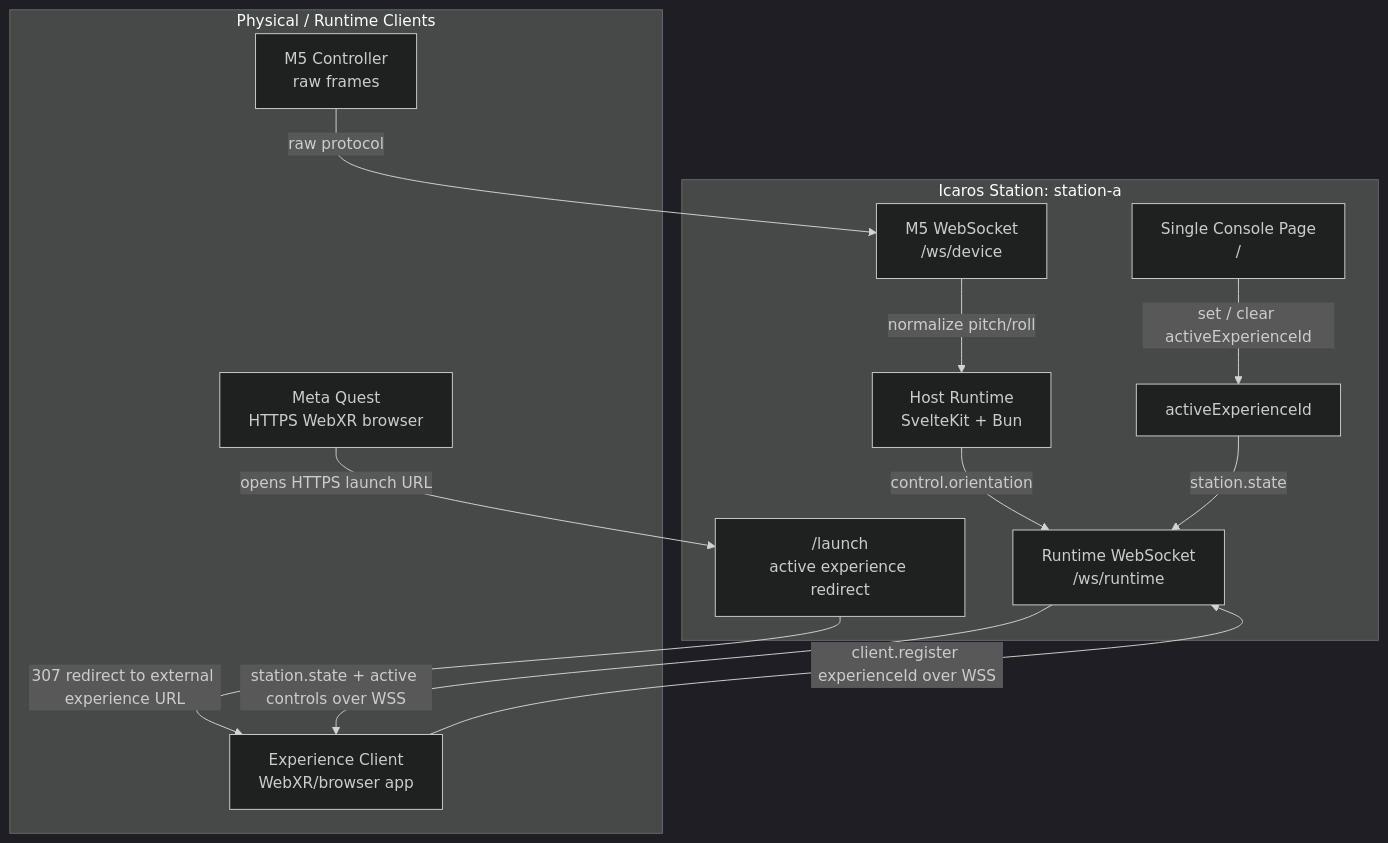
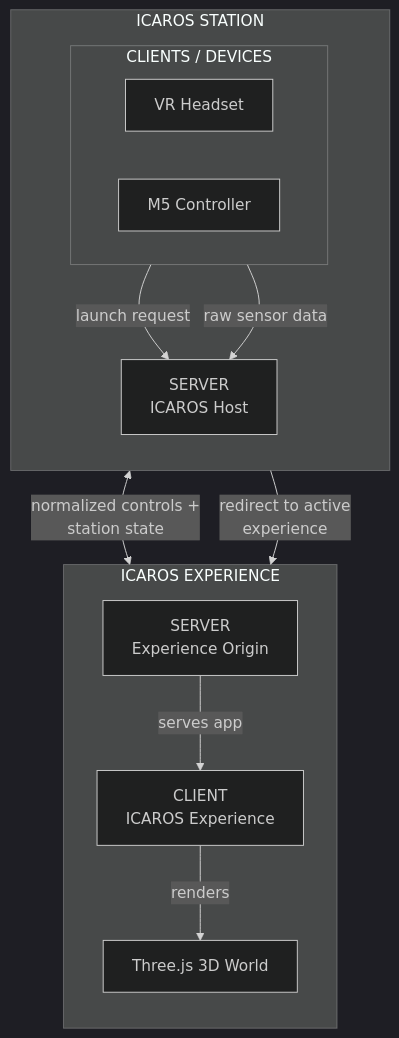
The diagram in docs/architecture.md (dweigend/Icaros_Host), drawn with Mermaid (dark theme) before and after one commit.

Commit message:
docs: simplify architecture diagram

````diff
--- a/docs/architecture.md
+++ b/docs/architecture.md
@@ -9,28 +9,32 @@
 ```mermaid
 flowchart TD
-  subgraph Station["Icaros Station: station-a"]
-    Console["Single Console Page\n/"]
-    Host["Host Runtime\nSvelteKit + Bun"]
-    ActiveState["activeExperienceId"]
-    Launch["/launch\nactive experience redirect"]
-    M5Bridge["M5 WebSocket\n/ws/device"]
-    RuntimeWs["Runtime WebSocket\n/ws/runtime"]
+  subgraph Station["ICAROS STATION"]
+    direction TB
+
+    subgraph StationClients["CLIENTS / DEVICES"]
+      direction LR
+      Headset["VR Headset"]
+      M5["M5 Controller"]
+    end
+
+    Host["SERVER<br/>ICAROS Host"]
+
+    Headset -->|"launch request"| Host
+    M5 -->|"raw sensor data"| Host
   end
 
-  subgraph DeviceLayer["Physical / Runtime Clients"]
-    M5["M5 Controller\nraw frames"]
-    Quest["Meta Quest\nHTTPS WebXR browser"]
-    Client["Experience Client\nWebXR/browser app"]
+  Host <-->|"normalized controls +<br/>station state"| ExperienceApp
+
+  subgraph Experience["ICAROS EXPERIENCE"]
+    direction TB
+
+    ExperienceOrigin["SERVER<br/>Experience Origin"]
+    ExperienceApp["CLIENT<br/>ICAROS Experience"]
+    World["Three.js 3D World"]
+
+    ExperienceOrigin -->|"serves app"| ExperienceApp
+    ExperienceApp -->|"renders"| World
   end
 
-  M5 -->|"raw protocol"| M5Bridge
-  M5Bridge -->|"normalize pitch/roll"| Host
-  Host -->|"control.orientation"| RuntimeWs
-
-  Quest -->|"opens HTTPS launch URL"| Launch
-  Launch -->|"307 redirect to external experience URL"| Client
-  Console -->|"set / clear activeExperienceId"| ActiveState
-  ActiveState -->|"station.state"| RuntimeWs
-  Client -->|"client.register experienceId over WSS"| RuntimeWs
-  RuntimeWs -->|"station.state + active controls over WSS"| Client
+  Host -->|"redirect to active<br/>experience"| ExperienceOrigin
 ```
````
